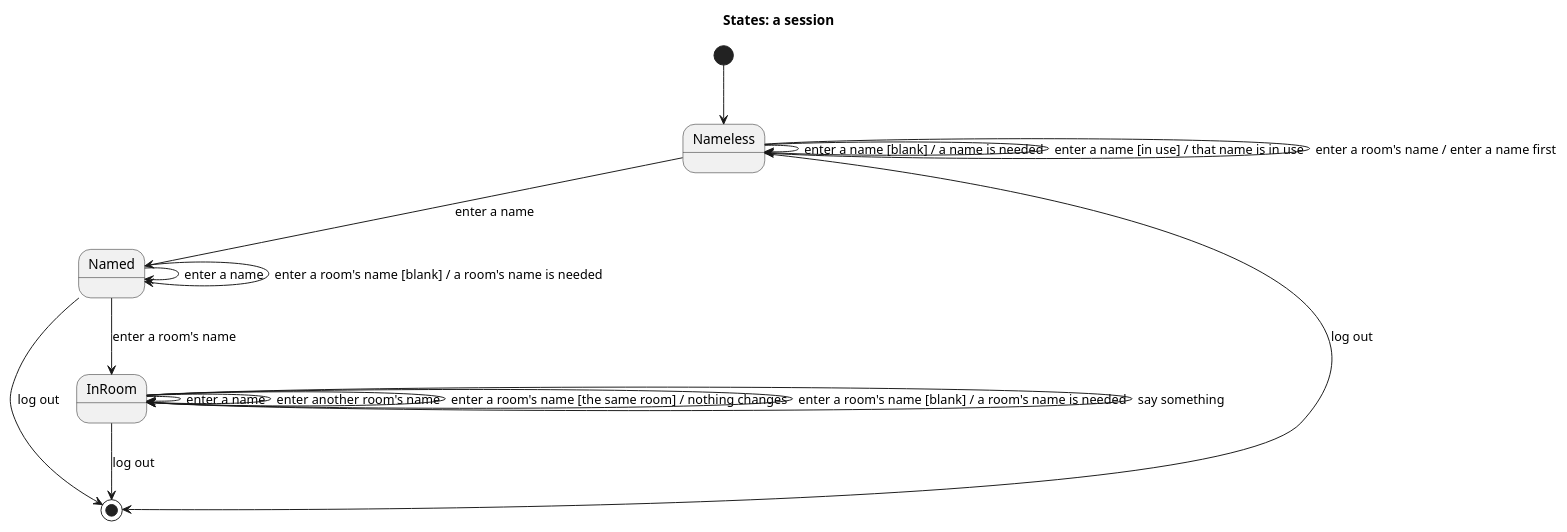
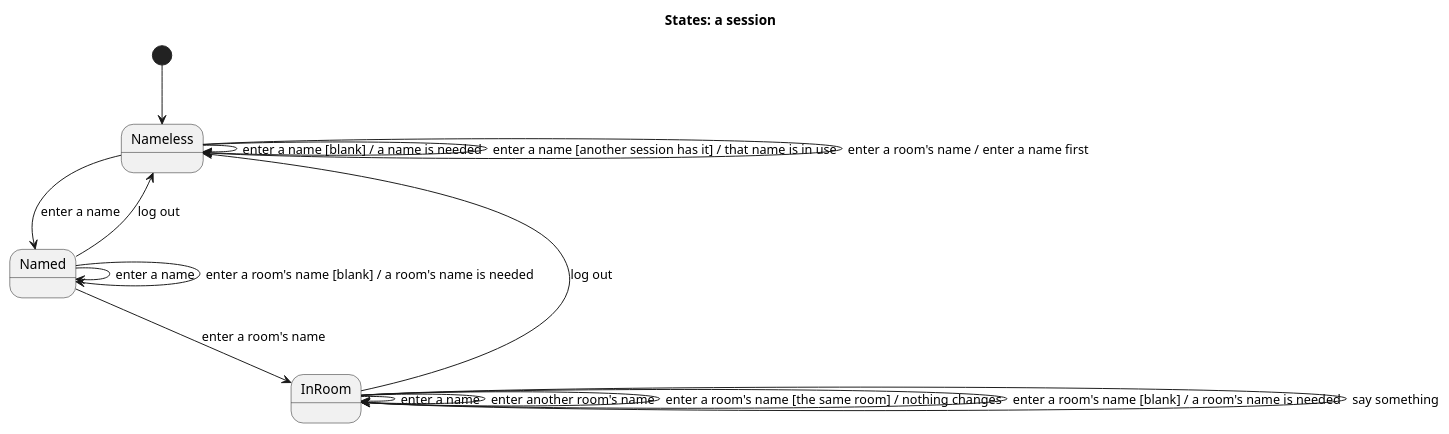
One commit to blueshed/dzql changed the diagram in uml/src/session.puml. Above: the diagram before and after it, drawn with PlantUML. The commit also changed 6 other files, not shown here.

Commit message:
uml: the second review taken in -- each scenario draws only the derived patches that happen for its cast; names unique among stored sessions; logging out removes the session and a fresh nameless one opens

```diff
--- a/uml/src/session.puml
+++ b/uml/src/session.puml
@@ -1,19 +1,18 @@
 @startuml
 title States: a session
 [*] --> Nameless
 Nameless --> Named : enter a name
 Nameless --> Nameless : enter a name [blank] / a name is needed
-Nameless --> Nameless : enter a name [in use] / that name is in use
+Nameless --> Nameless : enter a name [another session has it] / that name is in use
 Nameless --> Nameless : enter a room's name / enter a name first
-Nameless --> [*] : log out
 Named --> Named : enter a name
 Named --> InRoom : enter a room's name
 Named --> Named : enter a room's name [blank] / a room's name is needed
 InRoom --> InRoom : enter a name
 InRoom --> InRoom : enter another room's name
 InRoom --> InRoom : enter a room's name [the same room] / nothing changes
 InRoom --> InRoom : enter a room's name [blank] / a room's name is needed
 InRoom --> InRoom : say something
-Named --> [*] : log out
-InRoom --> [*] : log out
+Named --> Nameless : log out
+InRoom --> Nameless : log out
 @enduml
```
